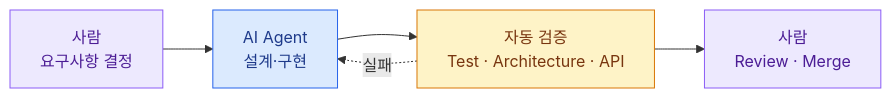
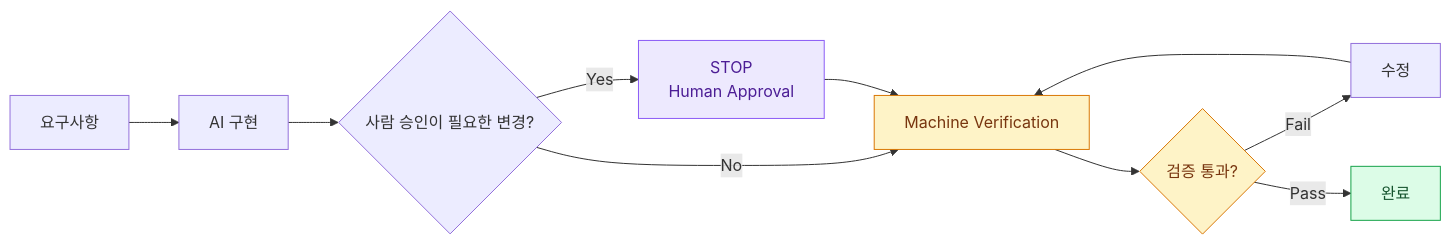
Before and after one commit to Central-MakeUs/TripFit-server: the first of 6 diagrams in README.md, drawn with Mermaid. The commit also changed other lines of this file, not shown here.

First line of the commit message:
Docs: README AI Engineering 다이어그램을 실제 하네스 장치 기준으로 보강

````diff
--- a/README.md
+++ b/README.md
@@ -60,18 +83,20 @@
 ```mermaid
 flowchart LR
-    A["사람<br/>요구사항 결정"]
-    B["AI Agent<br/>설계·구현"]
-    C["자동 검증<br/>Test · Architecture · API"]
-    D["사람<br/>Review · Merge"]
-
-    A --> B --> C --> D
-    C -. "실패" .-> B
+    A["요구사항"] --> B["AI 구현"]
+    B --> C{"사람 승인이 필요한 변경?"}
+    C -->|Yes| D["STOP<br/>Human Approval"]
+    C -->|No| E["Machine Verification"]
+    D --> E
+    E --> F{"검증 통과?"}
+    F -->|Fail| G["수정"]
+    G --> E
+    F -->|Pass| H["완료"]
 
     classDef human fill:#EDE9FE,stroke:#8B5CF6,color:#4C1D95
-    classDef ai fill:#DBEAFE,stroke:#2563EB,color:#1E3A8A
     classDef machine fill:#FEF3C7,stroke:#D97706,color:#78350F
+    classDef success fill:#DCFCE7,stroke:#16A34A,color:#14532D
 
-    class A,D human
-    class B ai
-    class C machine
+    class D human
+    class E,F machine
+    class H success
 ```
````
